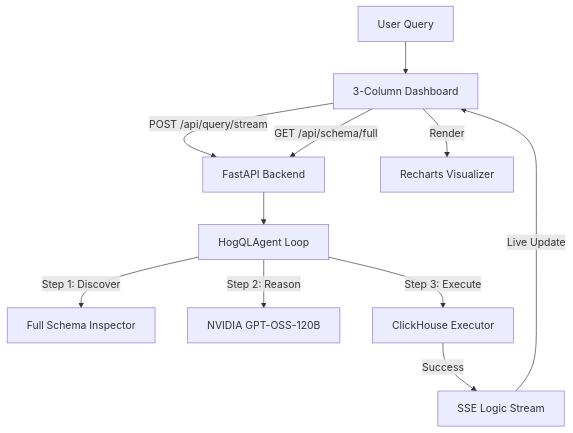
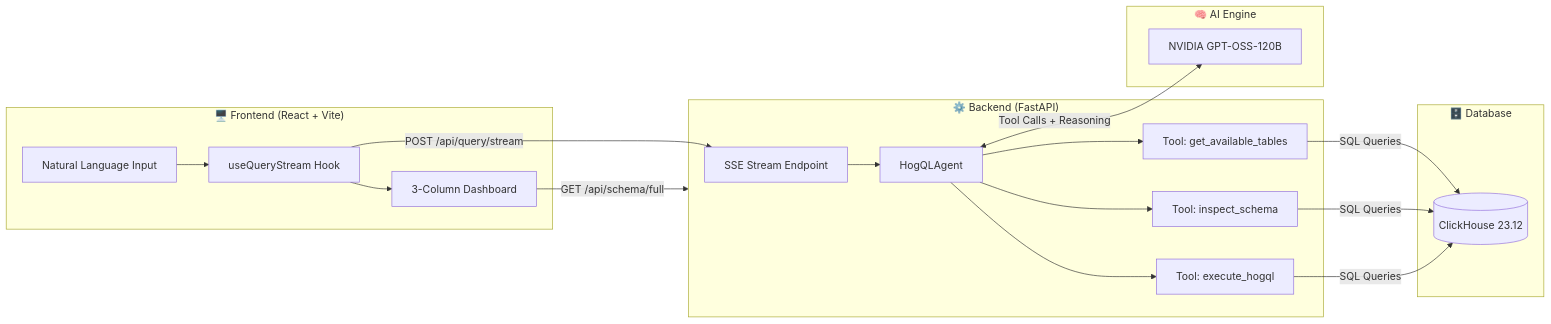
Before and after one commit to NITIN9181/Agentic-Text-to-HogQL-Execution: the diagram in README.md, drawn with Mermaid. The commit also changed other lines of this file, not shown here.

Commit message:
docs: overhaul README with enhanced formatting, architecture diagrams, and comprehensive project documentation

````diff
--- a/README.md
+++ b/README.md
@@ -48,13 +105,27 @@
 ```mermaid
-graph TD
-    A[User Query] --> B[3-Column Dashboard]
-    B -->|POST /api/query/stream| C[FastAPI Backend]
-    B -->|GET /api/schema/full| C
-    C --> D[HogQLAgent Loop]
-    D -->|Step 1: Discover| E[Full Schema Inspector]
-    D -->|Step 2: Reason| F[NVIDIA GPT-OSS-120B]
-    D -->|Step 3: Execute| G[ClickHouse Executor]
-    G -->|Success| H[SSE Logic Stream]
-    H -->|Live Update| B
-    B -->|Render| I[Recharts Visualizer]
+graph LR
+    subgraph Client["🖥️ Frontend (React + Vite)"]
+        A[Natural Language Input] --> B[useQueryStream Hook]
+        B --> C[3-Column Dashboard]
+    end
+
+    subgraph Server["⚙️ Backend (FastAPI)"]
+        D[SSE Stream Endpoint] --> E[HogQLAgent]
+        E --> F[Tool: get_available_tables]
+        E --> G[Tool: inspect_schema]
+        E --> H[Tool: execute_hogql]
+    end
+
+    subgraph LLM["🧠 AI Engine"]
+        I[NVIDIA GPT-OSS-120B]
+    end
+
+    subgraph DB["🗄️ Database"]
+        J[(ClickHouse 23.12)]
+    end
+
+    B -->|POST /api/query/stream| D
+    E <-->|Tool Calls + Reasoning| I
+    F & G & H -->|SQL Queries| J
+    C -->|GET /api/schema/full| Server
 ```
````
